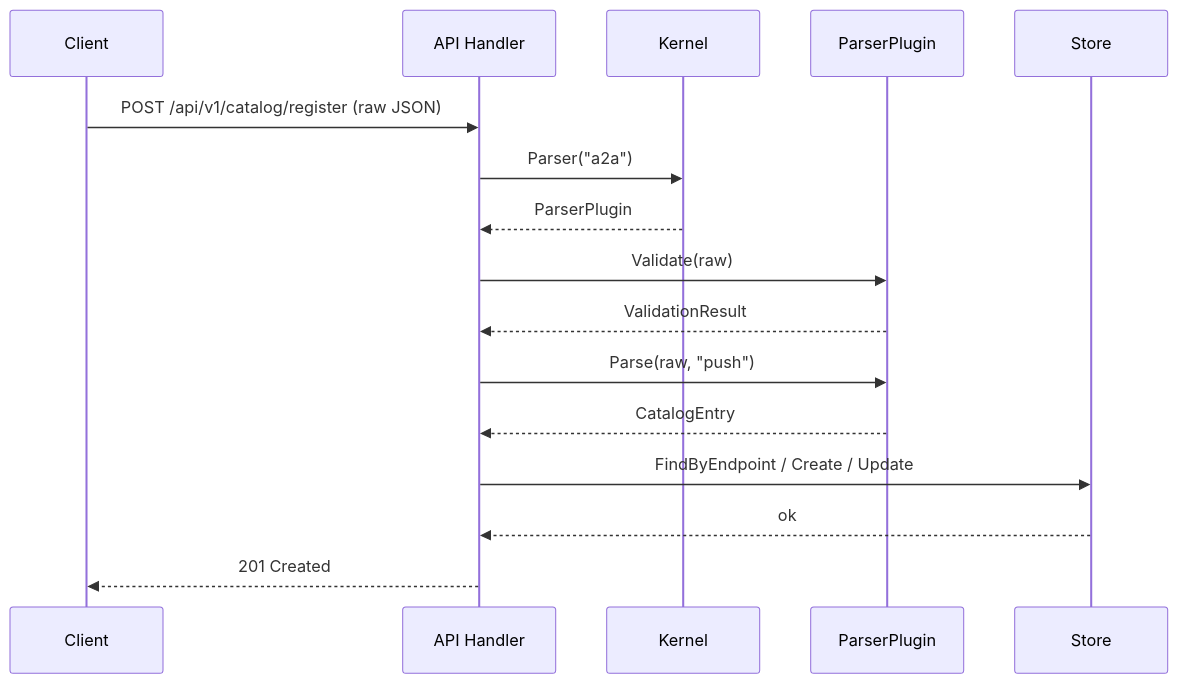
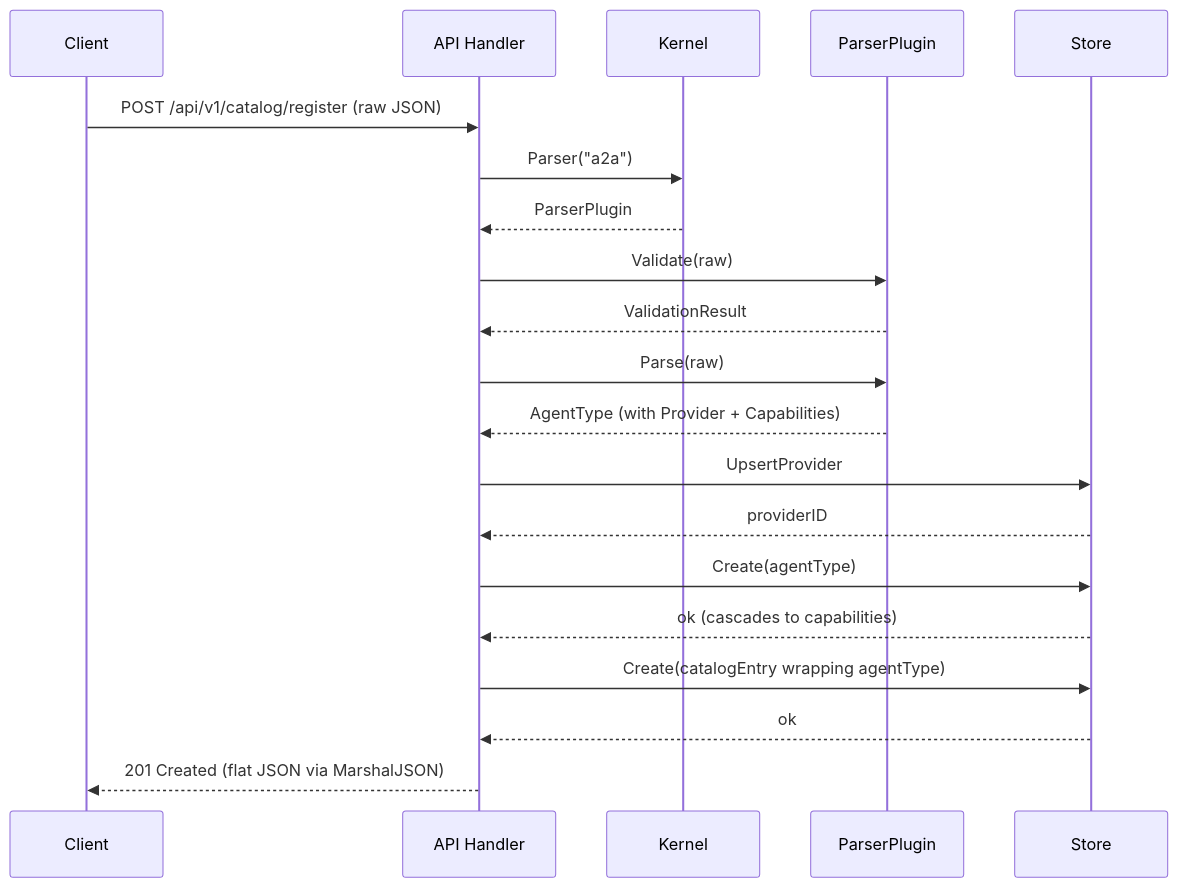
One commit to PawelHaracz/Agentlens changed the fourth of 8 diagrams in docs/architecture.md. Above: the diagram before and after it, drawn with Mermaid. The commit also changed other lines of this file and 7 other files, not shown here.

````diff
--- a/docs/architecture.md
+++ b/docs/architecture.md
@@ -167,19 +215,23 @@
 ```mermaid
 sequenceDiagram
     participant C as Client
     participant H as API Handler
     participant K as Kernel
     participant P as ParserPlugin
     participant ST as Store
 
     C->>H: POST /api/v1/catalog/register (raw JSON)
     H->>K: Parser("a2a")
     K-->>H: ParserPlugin
     H->>P: Validate(raw)
     P-->>H: ValidationResult
-    H->>P: Parse(raw, "push")
-    P-->>H: CatalogEntry
-    H->>ST: FindByEndpoint / Create / Update
+    H->>P: Parse(raw)
+    P-->>H: AgentType (with Provider + Capabilities)
+    H->>ST: UpsertProvider
+    ST-->>H: providerID
+    H->>ST: Create(agentType)
+    ST-->>H: ok (cascades to capabilities)
+    H->>ST: Create(catalogEntry wrapping agentType)
     ST-->>H: ok
-    H-->>C: 201 Created
+    H-->>C: 201 Created (flat JSON via MarshalJSON)
 ```
````
